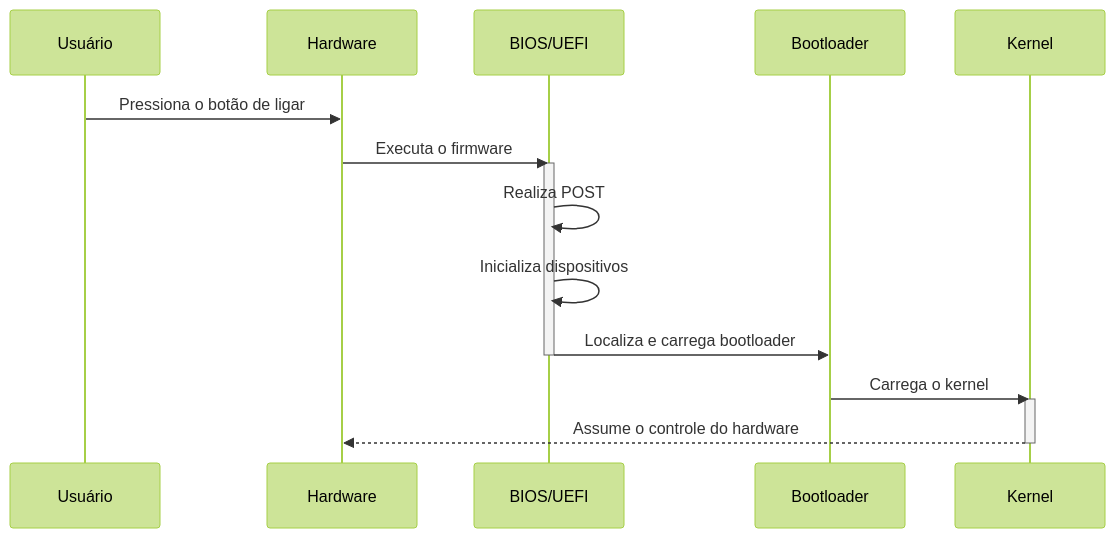
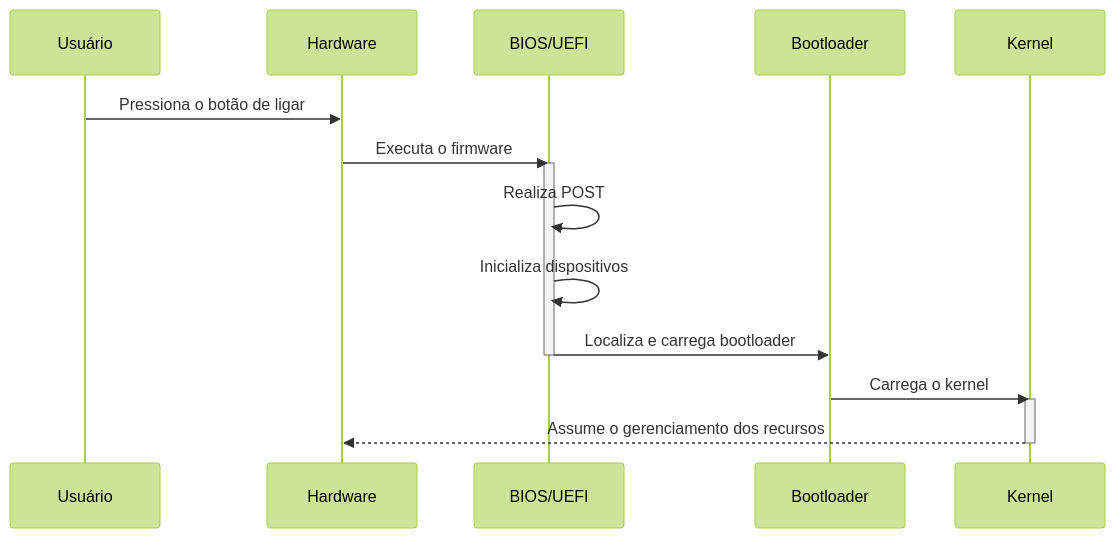
Before and after one commit to FelpzzzEX/LecOS: the first of 2 diagrams in Sistema_Principal/Modulo 1 - Inicio/0-BIOS_UEFI.md, drawn with Mermaid (forest theme). The commit also changed other lines of this file and 10 other files, not shown here.

````diff
--- a/Sistema_Principal/Modulo 1 - Inicio/0-BIOS_UEFI.md
+++ b/Sistema_Principal/Modulo 1 - Inicio/0-BIOS_UEFI.md
@@ -32,24 +35,24 @@
 ```mermaid
 sequenceDiagram
     participant U as Usuário
     participant H as Hardware
     participant F as BIOS/UEFI
     participant BL as Bootloader
     participant K as Kernel
 
     U->>H: Pressiona o botão de ligar
 
     H->>F: Executa o firmware
     activate F
 
     F->>F: Realiza POST
     F->>F: Inicializa dispositivos
     F->>BL: Localiza e carrega bootloader
 
     deactivate F
 
     BL->>K: Carrega o kernel
     activate K
-    K-->>H: Assume o controle do hardware
+    K-->>H: Assume o gerenciamento dos recursos
     deactivate K
 ```
````
